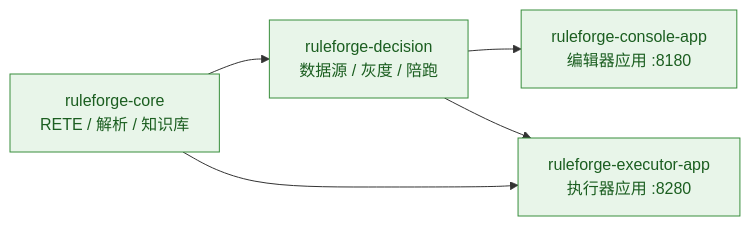
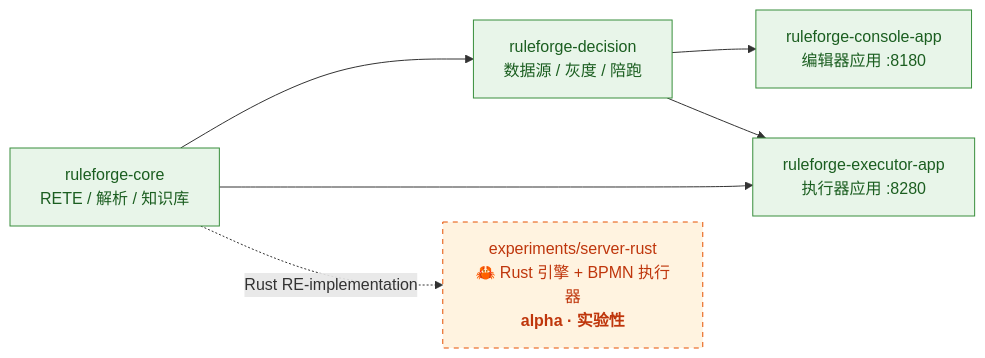
Before and after one commit to FredGoo/rule-forge: the second of 2 diagrams in README.md, drawn with Mermaid. The commit also changed other lines of this file and 1 other file, not shown here.

First line of the commit message:
docs: README 加 Rust 引擎为 alpha · experiments/server-rust 升格条件更新

````diff
--- a/README.md
+++ b/README.md
@@ -122,15 +124,19 @@
 ```mermaid
 graph LR
     core["ruleforge-core<br/>RETE / 解析 / 知识库"]
     decision["ruleforge-decision<br/>数据源 / 灰度 / 陪跑"]
     console["ruleforge-console-app<br/>编辑器应用 :8180"]
     executor["ruleforge-executor-app<br/>执行器应用 :8280"]
+    rustEx["experiments/server-rust<br/>🦀 Rust 引擎 + BPMN 执行器<br/><b>alpha · 实验性</b>"]
 
     core --> decision
     decision --> console
     core --> executor
     decision --> executor
+    core -. Rust RE-implementation .-> rustEx
 
     classDef module fill:#e8f5e9,stroke:#388e3c,color:#1b5e20
+    classDef experimental fill:#fff3e0,stroke:#e65100,color:#bf360c,stroke-dasharray: 5 5
     class core,decision,console,executor module
+    class rustEx experimental
 ```
````
